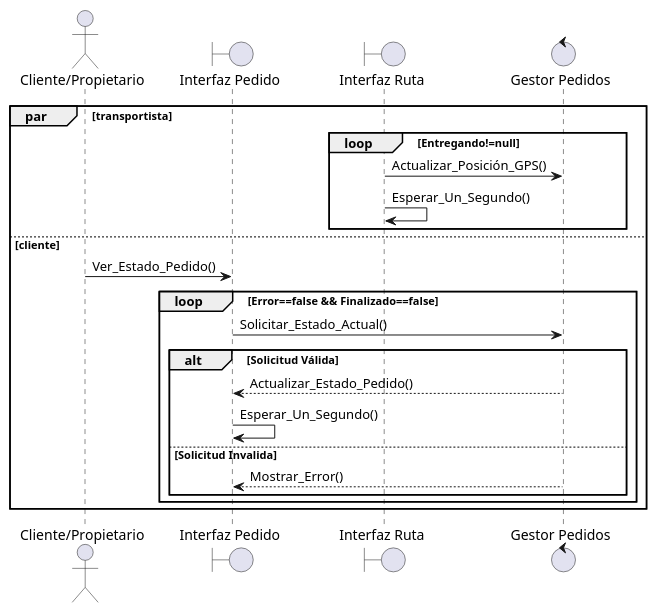
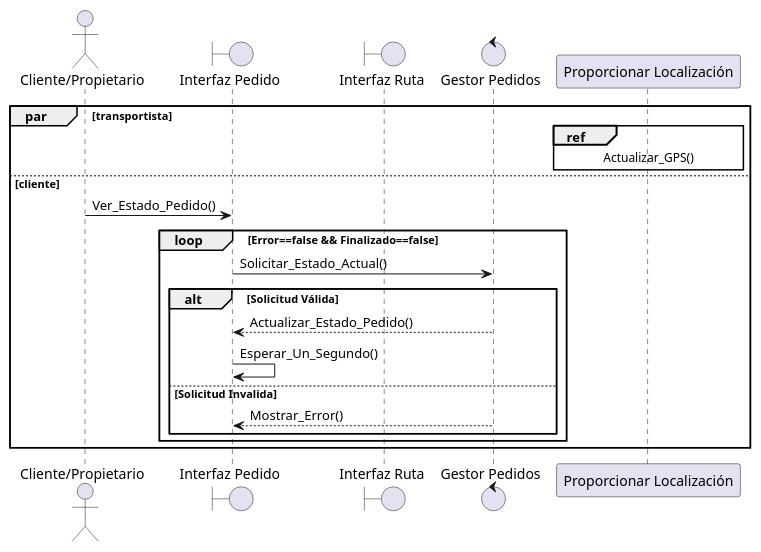
The diagram in others/working-documents/sprint-4/umls/ver estado pedido.plantuml (Ashwrai/Documentation_practice), drawn with PlantUML before and after one commit.

Commit message:
usar ref

```diff
--- a/others/working-documents/sprint-4/umls/ver estado pedido.plantuml
+++ b/others/working-documents/sprint-4/umls/ver estado pedido.plantuml
@@ -7,24 +7,21 @@
 @startuml Ver estado pedido
 actor "Cliente/Propietario"
 boundary "Interfaz Pedido"
 boundary "Interfaz Ruta"
 control "Gestor Pedidos"
 
 par transportista
-    loop Entregando!=null
-        "Interfaz Ruta" -> "Gestor Pedidos": Actualizar_Posición_GPS()
-        "Interfaz Ruta" -> "Interfaz Ruta": Esperar_Un_Segundo()
-    end
+    ref over "Proporcionar Localización": Actualizar_GPS()
     else cliente
     "Cliente/Propietario"->"Interfaz Pedido": Ver_Estado_Pedido()
     loop Error==false && Finalizado==false
         "Interfaz Pedido" -> "Gestor Pedidos": Solicitar_Estado_Actual()
         alt Solicitud Válida
             "Gestor Pedidos" --> "Interfaz Pedido": Actualizar_Estado_Pedido()
             "Interfaz Pedido" -> "Interfaz Pedido": Esperar_Un_Segundo()
         else Solicitud Invalida
             "Gestor Pedidos" --> "Interfaz Pedido": Mostrar_Error()
         end
     end
 end
 @enduml
```
